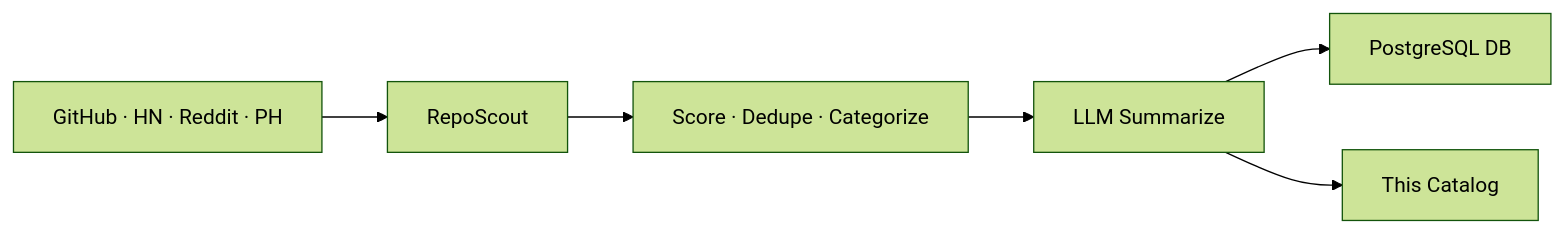
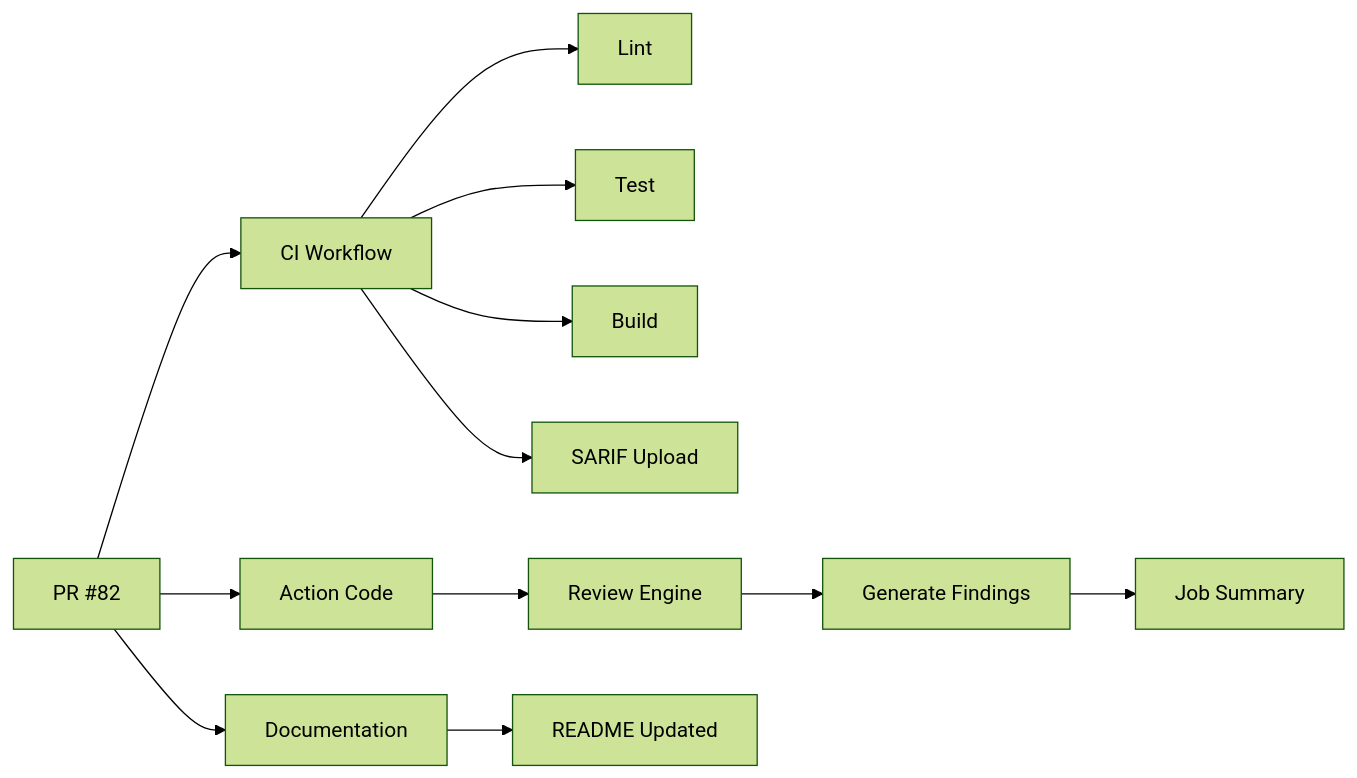
Before and after one commit to aryanbrite/e-commerce: the diagram in README.md, drawn with Mermaid (forest theme).

````diff
--- a/README.md
+++ b/README.md
@@ -1,8 +1,17 @@
 ```mermaid
 graph LR
-  A[GitHub · HN · Reddit · PH] --> B[RepoScout]
-  B --> C[Score · Dedupe · Categorize]
-  C --> D[LLM Summarize]
-  D --> E[PostgreSQL DB]
-  D --> F[This Catalog]
+    A[PR #82] --> B[CI Workflow]
+    A --> C[Action Code]
+    A --> D[Documentation]
+
+    B --> E[Lint]
+    B --> F[Test]
+    B --> G[Build]
+    B --> H[SARIF Upload]
+
+    C --> I[Review Engine]
+    I --> J[Generate Findings]
+    J --> K[Job Summary]
+
+    D --> L[README Updated]
 ```
````
